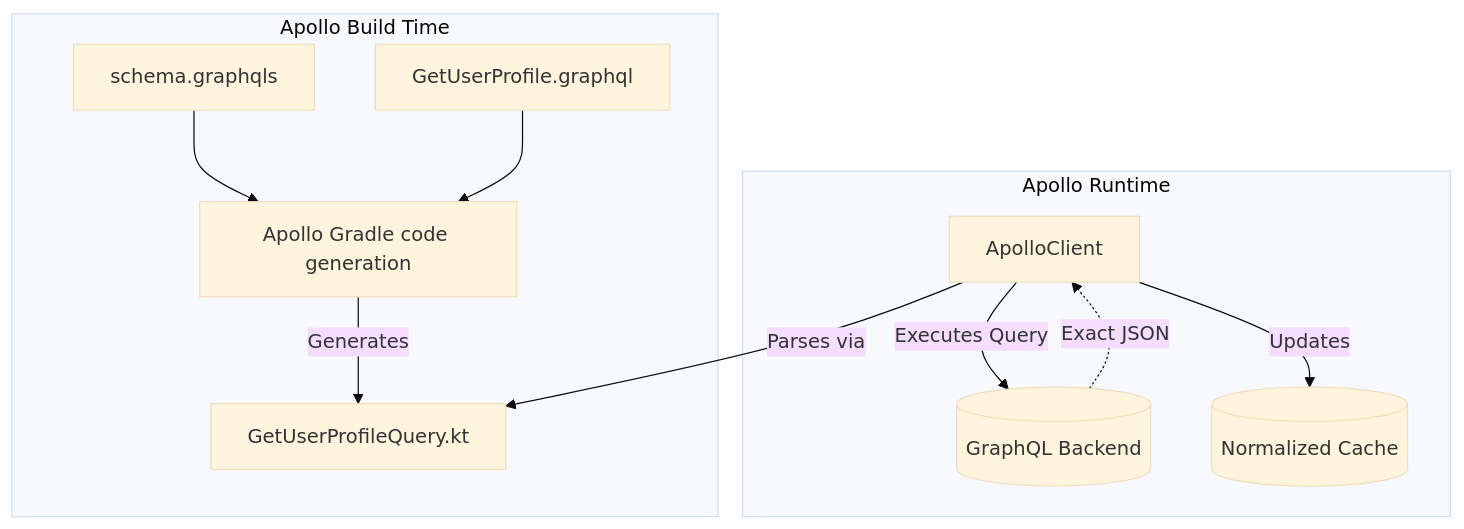
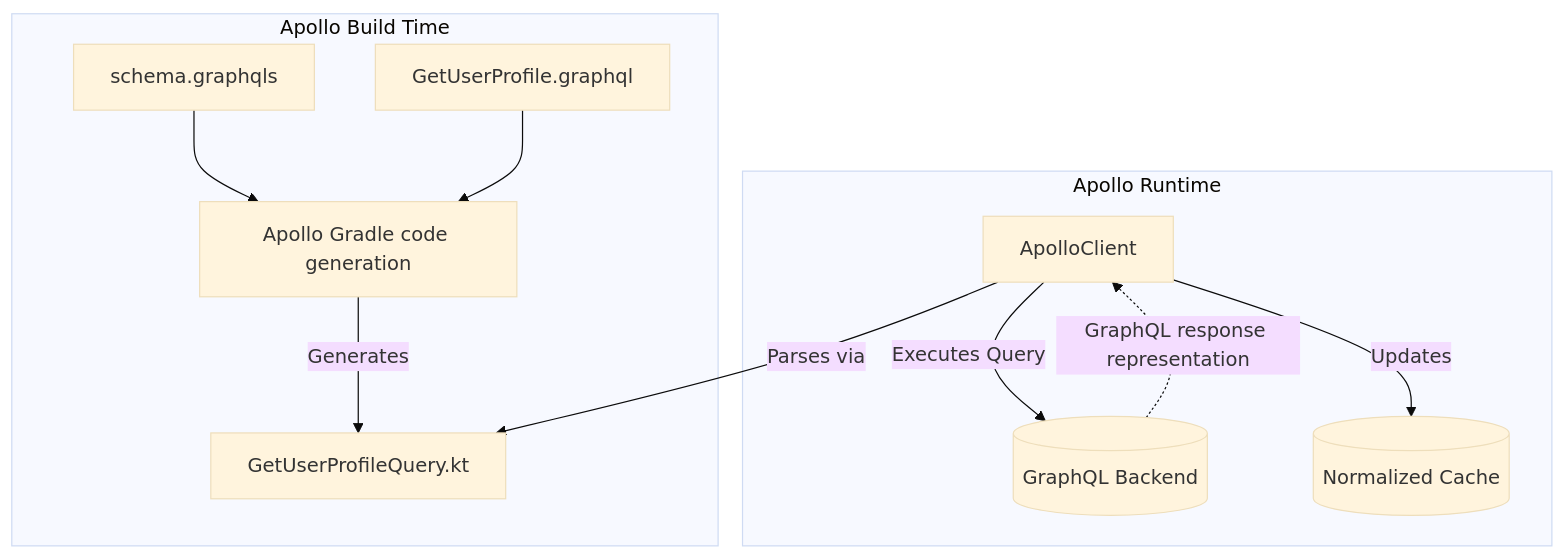
The diagram in android/networking-and-security/graphql.md (swarnsingh/android-staff-engineer-playbook-website), drawn with Mermaid (base theme) before and after one commit. The commit also changed other lines of this file and 27 other files, not shown here.

````diff
--- a/android/networking-and-security/graphql.md
+++ b/android/networking-and-security/graphql.md
@@ -84,15 +95,15 @@
 ```mermaid
 graph TD
     subgraph "Apollo Build Time"
         Schema[schema.graphqls] --> Codegen[Apollo Gradle code generation]
         Query[GetUserProfile.graphql] --> Codegen
         Codegen -->|Generates| KT[GetUserProfileQuery.kt]
     end
     
     subgraph "Apollo Runtime"
         Client[ApolloClient] -->|Executes Query| Server[(GraphQL Backend)]
-        Server -.->|Exact JSON| Client
+        Server -.->|GraphQL response representation| Client
         Client -->|Parses via| KT
         Client -->|Updates| Cache[(Normalized Cache)]
     end
 ```
````
